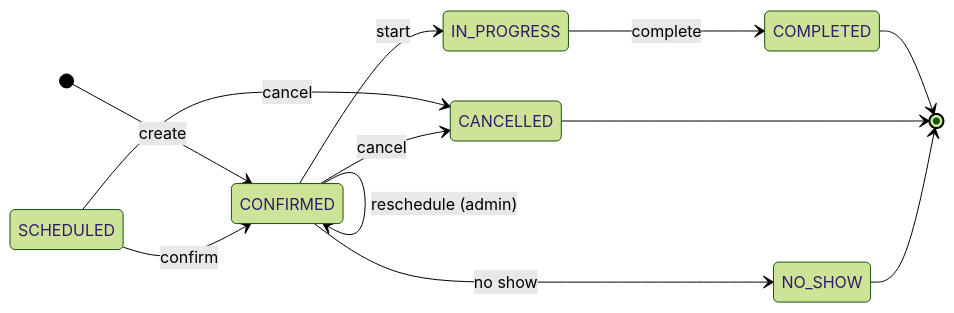
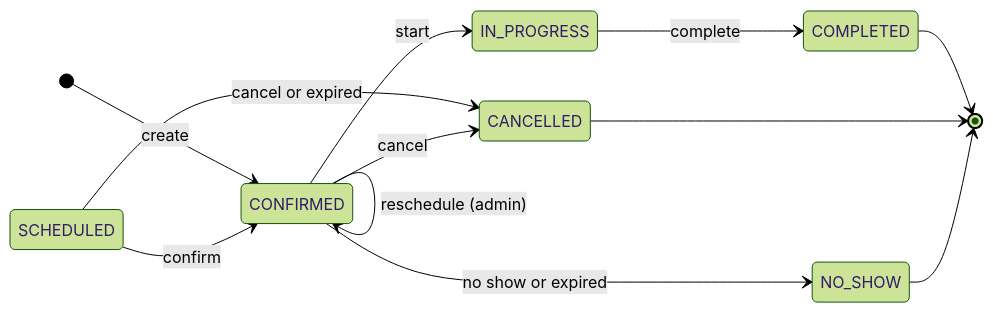
Before and after one commit to code-sena/vehicle-w-docs: the diagram in 08-uml/diagrams/source/state-booking.md, drawn with Mermaid (forest theme). The commit also changed other lines of this file and 8 other files, not shown here.

````diff
--- a/08-uml/diagrams/source/state-booking.md
+++ b/08-uml/diagrams/source/state-booking.md
@@ -6,15 +6,15 @@
 ```mermaid
 stateDiagram-v2
     direction LR
     [*] --> CONFIRMED : create
     SCHEDULED --> CONFIRMED : confirm
-    SCHEDULED --> CANCELLED : cancel
+    SCHEDULED --> CANCELLED : cancel or expired
     CONFIRMED --> CONFIRMED : reschedule (admin)
     CONFIRMED --> IN_PROGRESS : start
     CONFIRMED --> CANCELLED : cancel
-    CONFIRMED --> NO_SHOW : no show
+    CONFIRMED --> NO_SHOW : no show or expired
     IN_PROGRESS --> COMPLETED : complete
     COMPLETED --> [*]
     CANCELLED --> [*]
     NO_SHOW --> [*]
 ```
````
